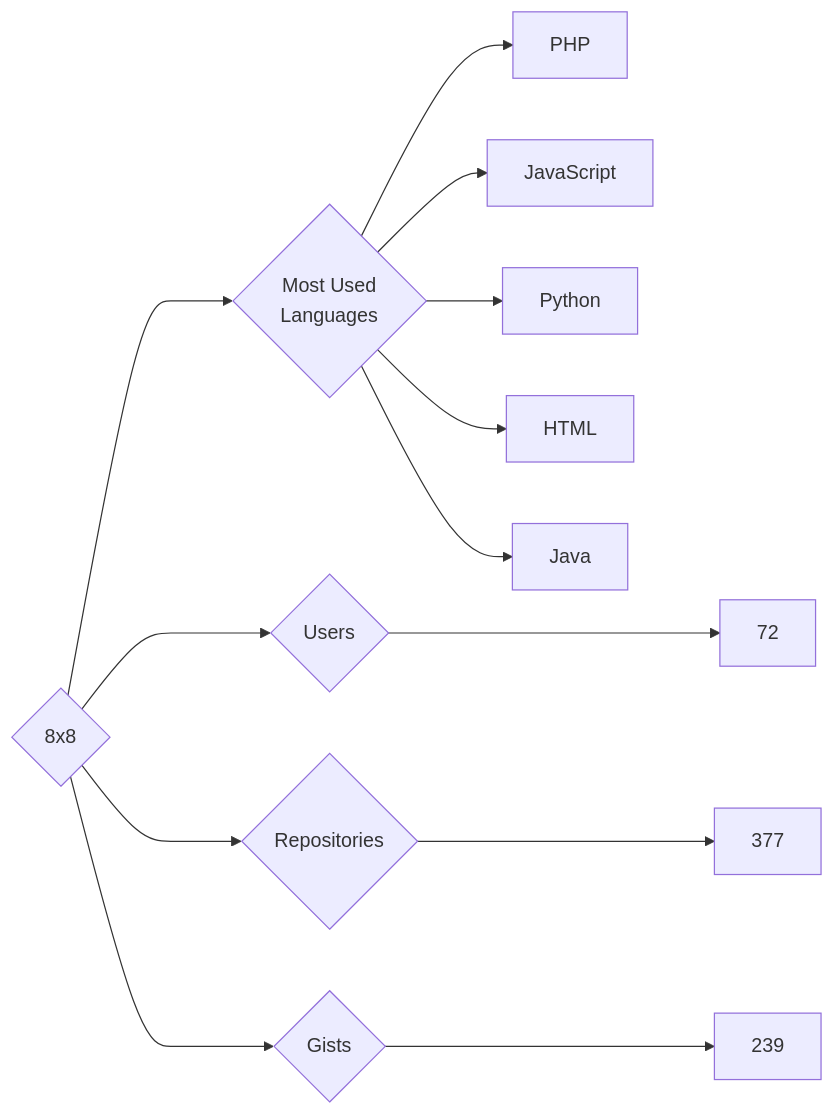
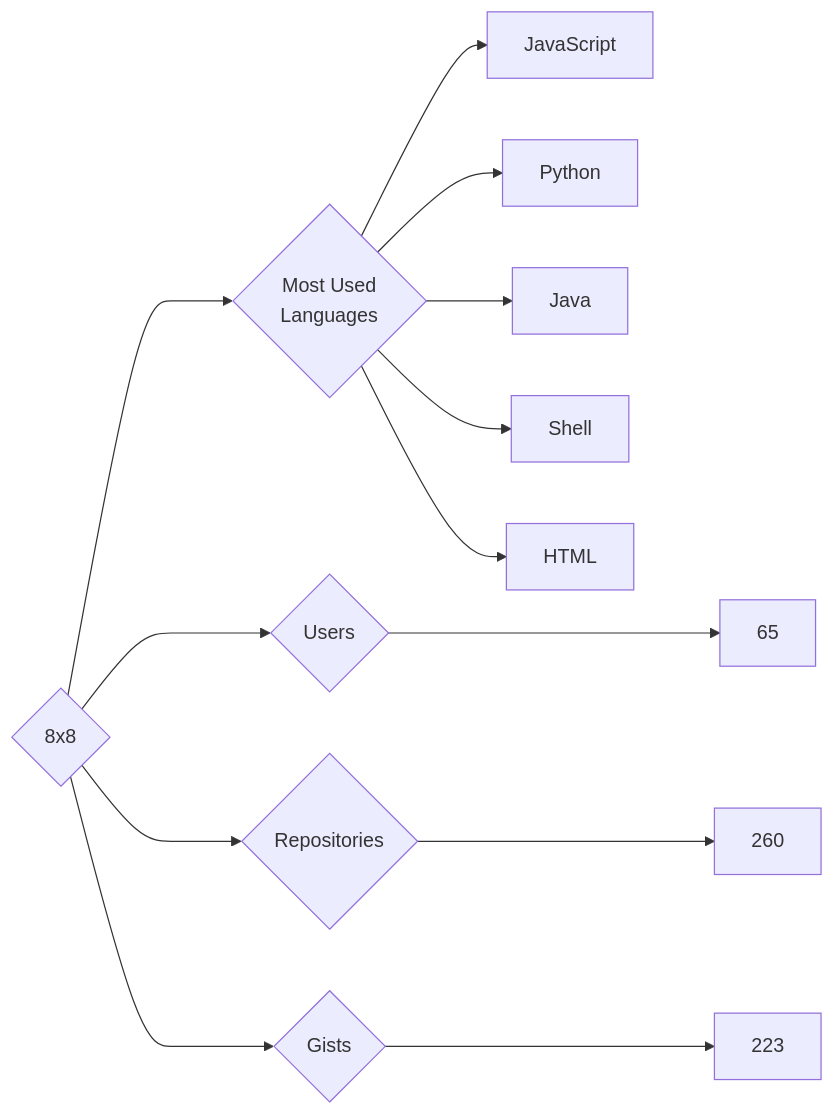
Before and after one commit to trickest/insiders: the diagram in targets/8x8/README.md, drawn with Mermaid. The commit also changed 847 other files, not shown here.

````diff
--- a/targets/8x8/README.md
+++ b/targets/8x8/README.md
@@ -3,13 +3,13 @@
 ```mermaid
 graph LR
 COMPANY_NAME{8x8}
-COMPANY_NAME ---> U{Users} ---> UN[72]
-COMPANY_NAME ---> R{Repositories} ---> RN[377]
-COMPANY_NAME ---> G{Gists} ---> GN[239]
+COMPANY_NAME ---> U{Users} ---> UN[65]
+COMPANY_NAME ---> R{Repositories} ---> RN[260]
+COMPANY_NAME ---> G{Gists} ---> GN[223]
 COMPANY_NAME ---> ML{Most Used<br>Languages}
-ML --> PHP[PHP]
 ML --> JavaScript[JavaScript]
 ML --> Python[Python]
+ML --> Java[Java]
+ML --> Shell[Shell]
 ML --> HTML[HTML]
-ML --> Java[Java]
 ```
````
